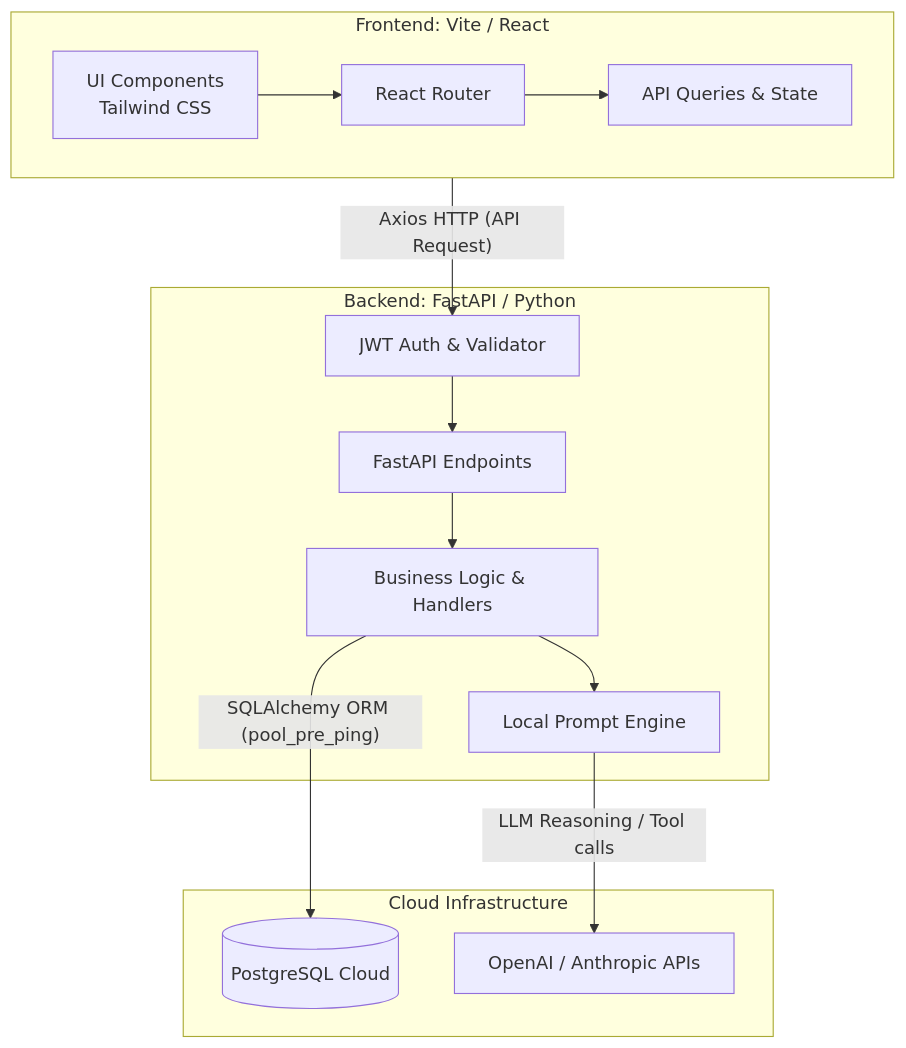
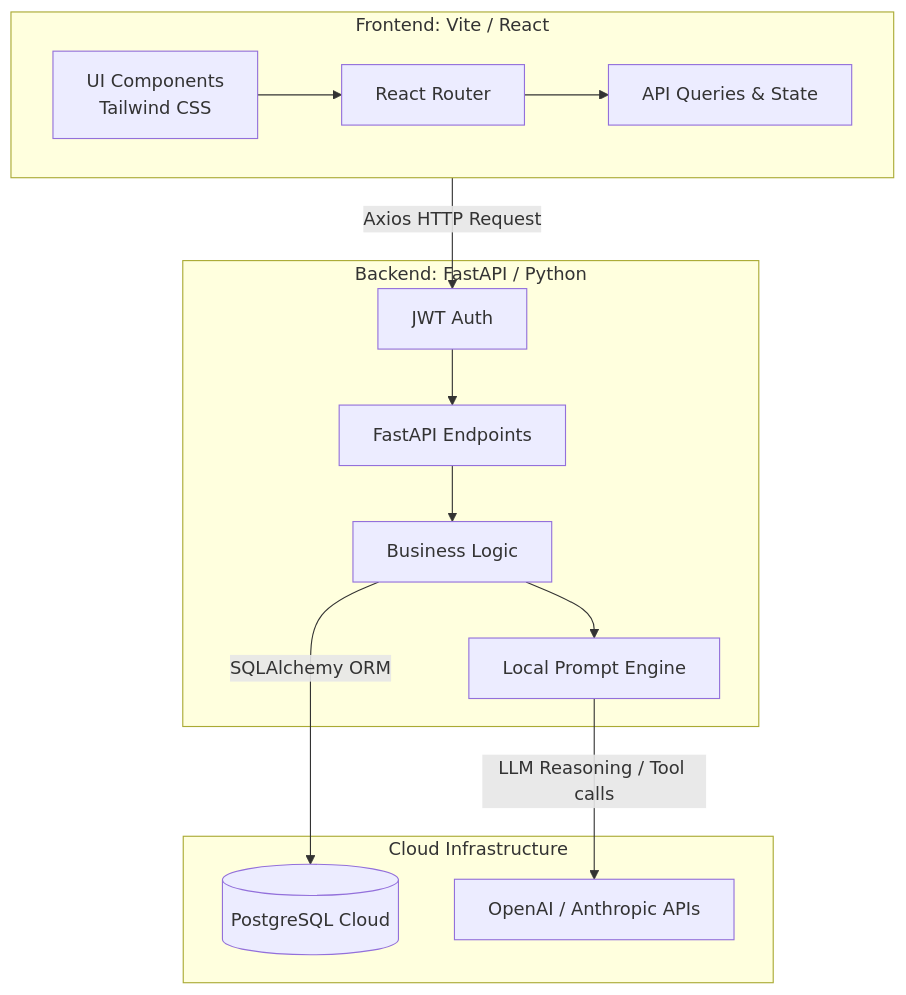
Before and after one commit to MelanieLLY/LearnMateAI: the diagram in README.md, drawn with Mermaid. The commit also changed other lines of this file, not shown here.

````diff
--- a/README.md
+++ b/README.md
@@ -56,26 +56,26 @@
 ```mermaid
 graph TD
     %% Client and UI Layer
     subgraph Client [Frontend: Vite / React]
         UI[UI Components<br/>Tailwind CSS] --> Router[React Router]
         Router --> APIStore[API Queries & State]
     end
 
     %% Backend and API Layer
     subgraph Server [Backend: FastAPI / Python]
-        Security[JWT Auth & Validator] --> API[FastAPI Endpoints]
-        API --> Handlers[Business Logic & Handlers]
+        Security[JWT Auth] --> API[FastAPI Endpoints]
+        API --> Handlers[Business Logic]
         Handlers --> Prompt[Local Prompt Engine]
     end
 
     %% Infrastructure & LLM Integration
     subgraph Infrastructure [Cloud Infrastructure]
         DB[(PostgreSQL Cloud)]
         LLM[OpenAI / Anthropic APIs]
     end
 
     %% Relations
-    Client -- "Axios HTTP (API Request)" --> Security
-    Handlers -- "SQLAlchemy ORM (pool_pre_ping)" --> DB
+    Client -- "Axios HTTP Request" --> Security
+    Handlers -- "SQLAlchemy ORM" --> DB
     Prompt -- "LLM Reasoning / Tool calls" --> LLM
 ```
````
